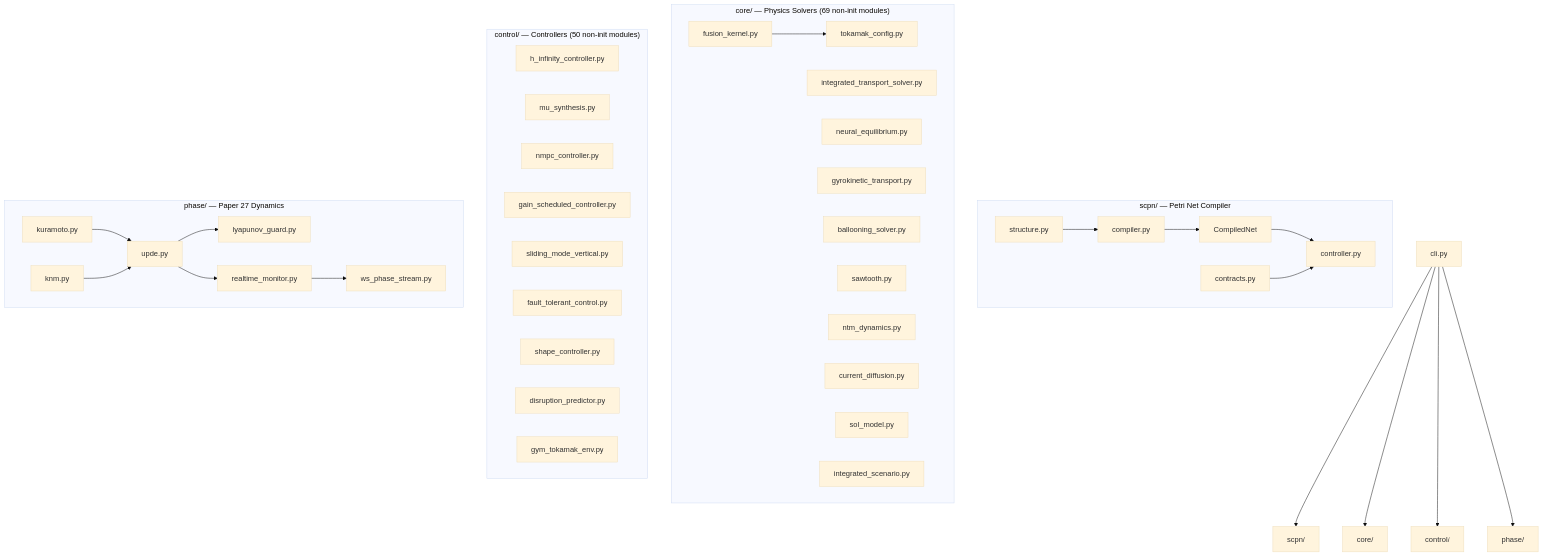
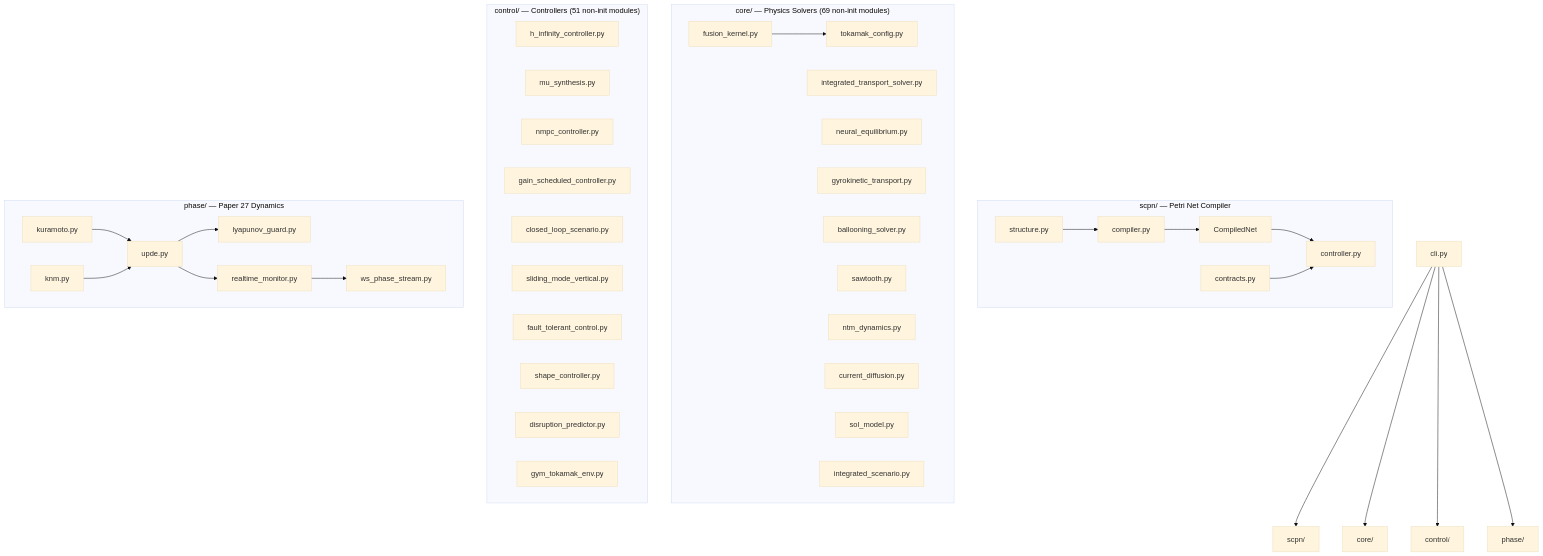
The second of 5 diagrams in docs/architecture.md (anulum/scpn-control), drawn with Mermaid (base theme) before and after one commit. The commit also changed other lines of this file and 13 other files, not shown here.

First line of the commit message:
fix: wire integrated scenario closed loop

````diff
--- a/docs/architecture.md
+++ b/docs/architecture.md
@@ -71,47 +71,48 @@
 ```mermaid
 graph TD
     CLI[cli.py] --> SCPN[scpn/]
     CLI --> CORE[core/]
     CLI --> CTRL[control/]
     CLI --> PHASE[phase/]
 
     subgraph "scpn/ — Petri Net Compiler"
         SPN[structure.py] --> COMP[compiler.py]
         COMP --> CNET[CompiledNet]
         CNET --> NSC[controller.py]
         CON[contracts.py] --> NSC
     end
 
     subgraph "core/ — Physics Solvers (69 non-init modules)"
         FK[fusion_kernel.py] --> TC[tokamak_config.py]
         ITS[integrated_transport_solver.py]
         NEQ[neural_equilibrium.py]
         GT2[gyrokinetic_transport.py]
         BS2[ballooning_solver.py]
         ST2[sawtooth.py]
         NTM2[ntm_dynamics.py]
         CD2[current_diffusion.py]
         SOL2[sol_model.py]
         ISS2[integrated_scenario.py]
     end
 
-    subgraph "control/ — Controllers (50 non-init modules)"
+    subgraph "control/ — Controllers (51 non-init modules)"
         HINF2[h_infinity_controller.py]
         MU2[mu_synthesis.py]
         NMPC2[nmpc_controller.py]
         GS_C[gain_scheduled_controller.py]
+        CLS[closed_loop_scenario.py]
         SM2[sliding_mode_vertical.py]
         FT2[fault_tolerant_control.py]
         SC2[shape_controller.py]
         DP[disruption_predictor.py]
         GYM[gym_tokamak_env.py]
     end
 
     subgraph "phase/ — Paper 27 Dynamics"
         KUR[kuramoto.py] --> UPDE[upde.py]
         KNM[knm.py] --> UPDE
         UPDE --> LG[lyapunov_guard.py]
         UPDE --> RM[realtime_monitor.py]
         RM --> WS[ws_phase_stream.py]
     end
 ```
````
